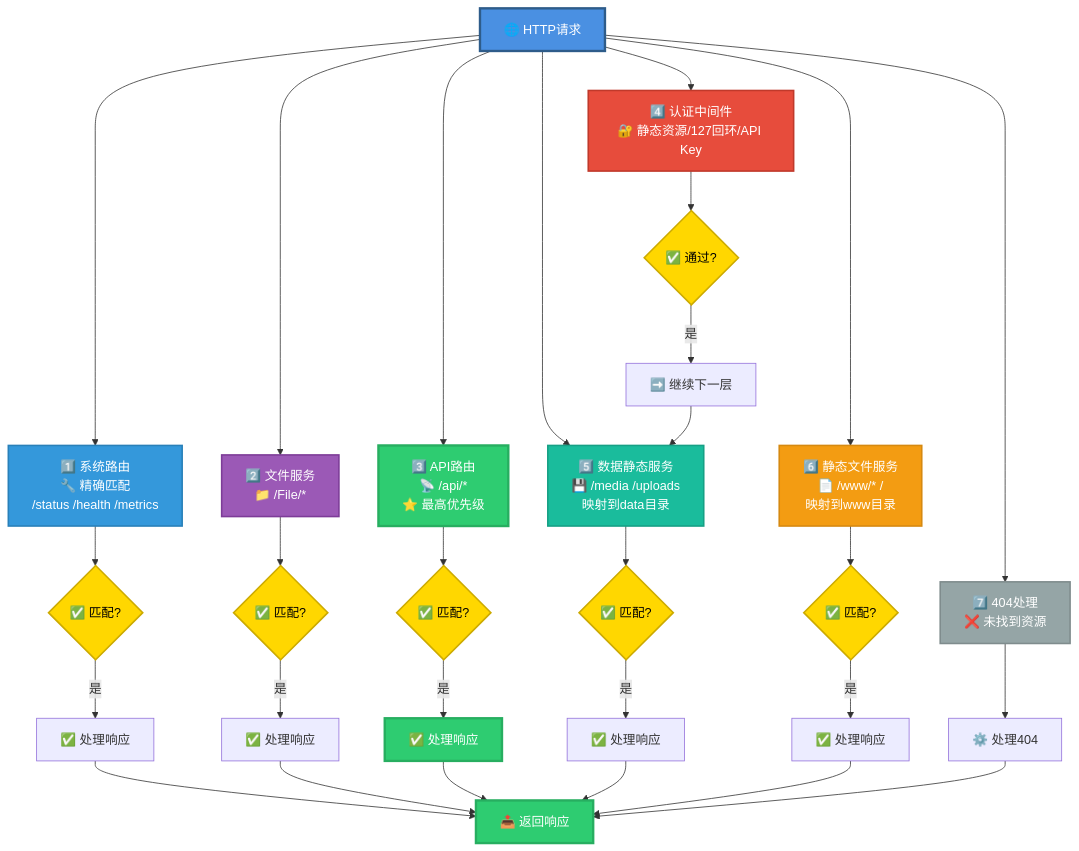
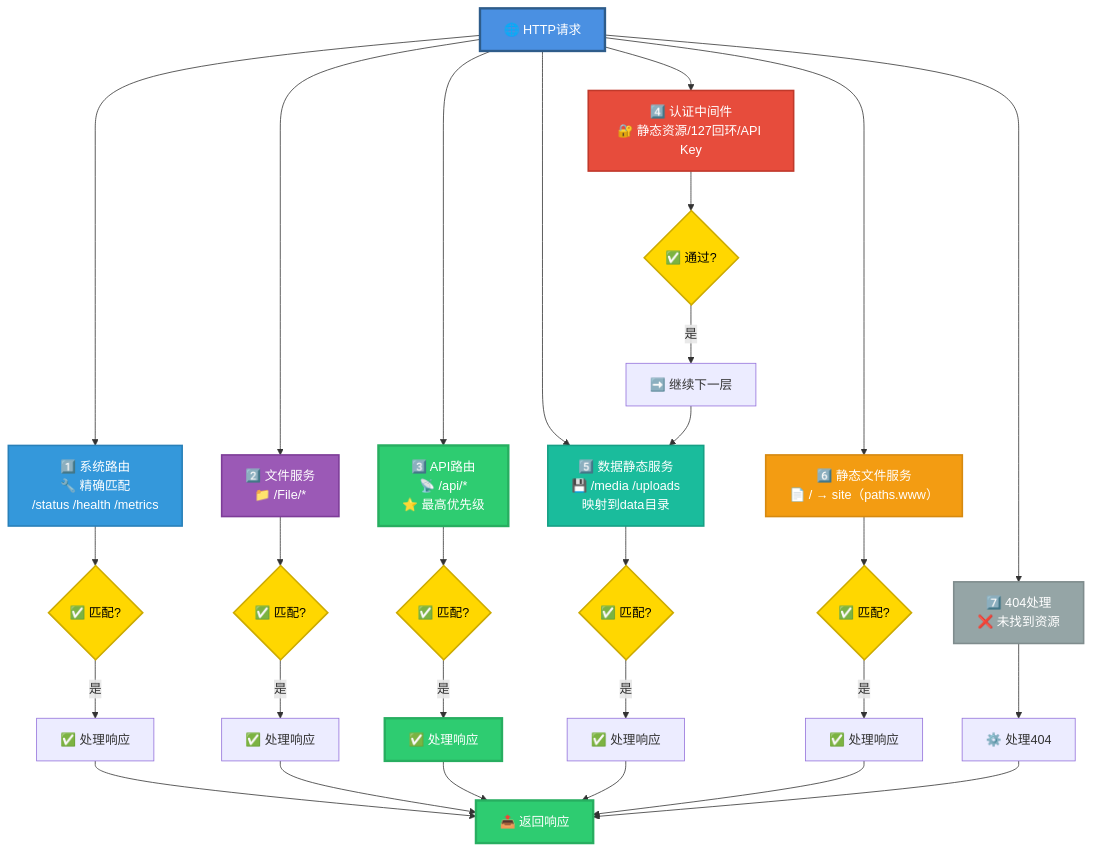
Before and after one commit to sunflowermm/XRK-AGT: the tenth of 11 diagrams in docs/server.md, drawn with Mermaid. The commit also changed other lines of this file and 68 other files, not shown here.

````diff
--- a/docs/server.md
+++ b/docs/server.md
@@ -550,50 +550,50 @@
 ```mermaid
 flowchart TB
     Request["🌐 HTTP请求"] --> Priority1["1️⃣ 系统路由<br/>🔧 精确匹配<br/>/status /health /metrics"]
     Request --> Priority2["2️⃣ 文件服务<br/>📁 /File/*"]
     Request --> Priority3["3️⃣ API路由<br/>📡 /api/*<br/>⭐ 最高优先级"]
     Request --> Priority4["4️⃣ 认证中间件<br/>🔐 静态资源/127回环/API Key"]
     Request --> Priority5["5️⃣ 数据静态服务<br/>💾 /media /uploads<br/>映射到data目录"]
-    Request --> Priority6["6️⃣ 静态文件服务<br/>📄 /www/* /<br/>映射到www目录"]
+    Request --> Priority6["6️⃣ 静态文件服务<br/>📄 / → site（paths.www）"]
     Request --> Priority7["7️⃣ 404处理<br/>❌ 未找到资源"]
     
     Priority1 --> Match1{"✅ 匹配?"}
     Priority2 --> Match2{"✅ 匹配?"}
     Priority3 --> Match3{"✅ 匹配?"}
     Priority4 --> Match4{"✅ 通过?"}
     Priority5 --> Match5{"✅ 匹配?"}
     Priority6 --> Match6{"✅ 匹配?"}
     Priority7 --> Match7["⚙️ 处理404"]
     
     Match1 -->|"是"| Handler1["✅ 处理响应"]
     Match2 -->|"是"| Handler2["✅ 处理响应"]
     Match3 -->|"是"| Handler3["✅ 处理响应"]
     Match4 -->|"是"| Handler4["➡️ 继续下一层"]
     Match5 -->|"是"| Handler5["✅ 处理响应"]
     Match6 -->|"是"| Handler6["✅ 处理响应"]
     
     Handler1 --> Response["📤 返回响应"]
     Handler2 --> Response
     Handler3 --> Response
     Handler4 --> Priority5
     Handler5 --> Response
     Handler6 --> Response
     Match7 --> Response
     
     style Request fill:#4A90E2,stroke:#2E5C8A,stroke-width:3px,color:#fff
     style Priority1 fill:#3498DB,stroke:#2980B9,stroke-width:2px,color:#fff
     style Priority2 fill:#9B59B6,stroke:#7D3C98,stroke-width:2px,color:#fff
     style Priority3 fill:#2ECC71,stroke:#27AE60,stroke-width:3px,color:#fff
     style Priority4 fill:#E74C3C,stroke:#C0392B,stroke-width:2px,color:#fff
     style Priority5 fill:#1ABC9C,stroke:#16A085,stroke-width:2px,color:#fff
     style Priority6 fill:#F39C12,stroke:#D68910,stroke-width:2px,color:#fff
     style Priority7 fill:#95A5A6,stroke:#7F8C8D,stroke-width:2px,color:#fff
     style Match1 fill:#FFD700,stroke:#CCAA00,stroke-width:2px,color:#000
     style Match2 fill:#FFD700,stroke:#CCAA00,stroke-width:2px,color:#000
     style Match3 fill:#FFD700,stroke:#CCAA00,stroke-width:2px,color:#000
     style Match4 fill:#FFD700,stroke:#CCAA00,stroke-width:2px,color:#000
     style Match5 fill:#FFD700,stroke:#CCAA00,stroke-width:2px,color:#000
     style Match6 fill:#FFD700,stroke:#CCAA00,stroke-width:2px,color:#000
     style Handler3 fill:#2ECC71,stroke:#27AE60,stroke-width:3px,color:#fff
     style Response fill:#2ECC71,stroke:#27AE60,stroke-width:3px,color:#fff
 ```
````
